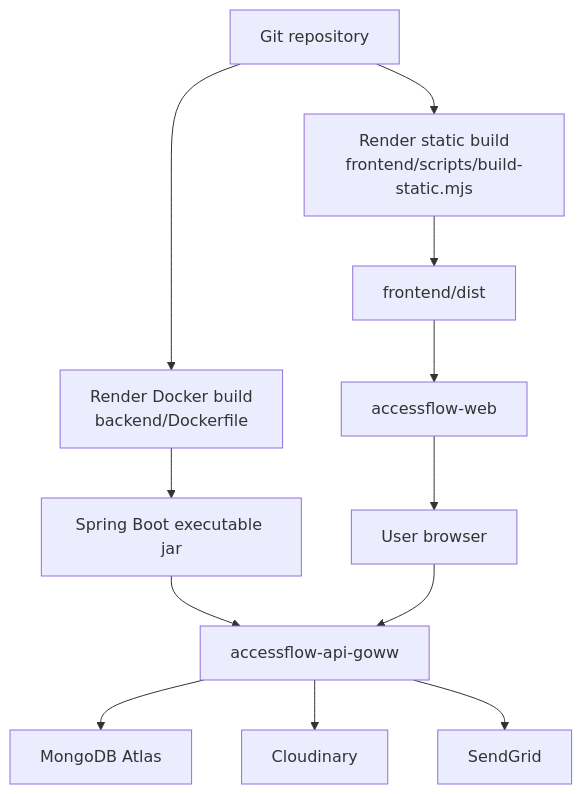
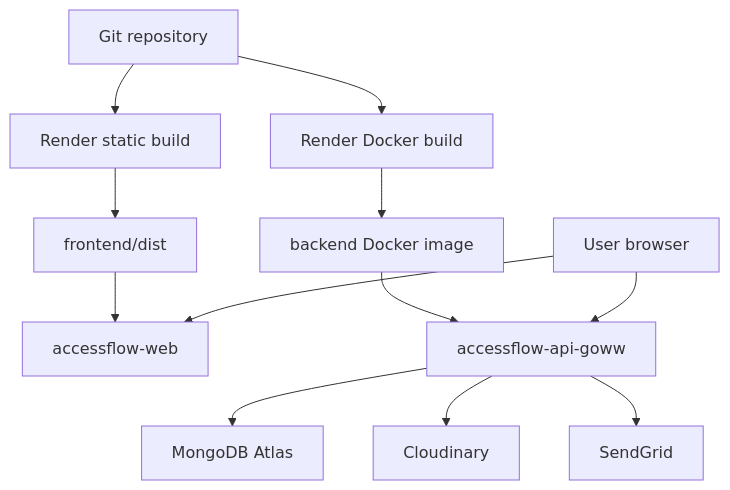
The third of 42 diagrams in PROJECT_OVERVIEW.md (digitaldodo/visitor-management-system), drawn with Mermaid before and after one commit. The commit also changed other lines of this file and 1 other file, not shown here.

````diff
--- a/PROJECT_OVERVIEW.md
+++ b/PROJECT_OVERVIEW.md
@@ -114,14 +125,17 @@
 ```mermaid
 flowchart TD
-    Repo["Git repository"] --> WebBuild["Render static build<br/>frontend/scripts/build-static.mjs"]
-    Repo --> ApiBuild["Render Docker build<br/>backend/Dockerfile"]
+    Repo["Git repository"] --> WebBuild["Render static build"]
+    Repo --> ApiBuild["Render Docker build"]
+
     WebBuild --> Dist["frontend/dist"]
     Dist --> Web["accessflow-web"]
-    ApiBuild --> Jar["Spring Boot executable jar"]
-    Jar --> Api["accessflow-api-goww"]
-    Web --> Browser["User browser"]
+
+    ApiBuild --> Image["backend Docker image"]
+    Image --> Api["accessflow-api-goww"]
+
+    Browser["User browser"] --> Web
     Browser --> Api
     Api --> Mongo["MongoDB Atlas"]
     Api --> Cloudinary["Cloudinary"]
     Api --> SendGrid["SendGrid"]
 ```
````
